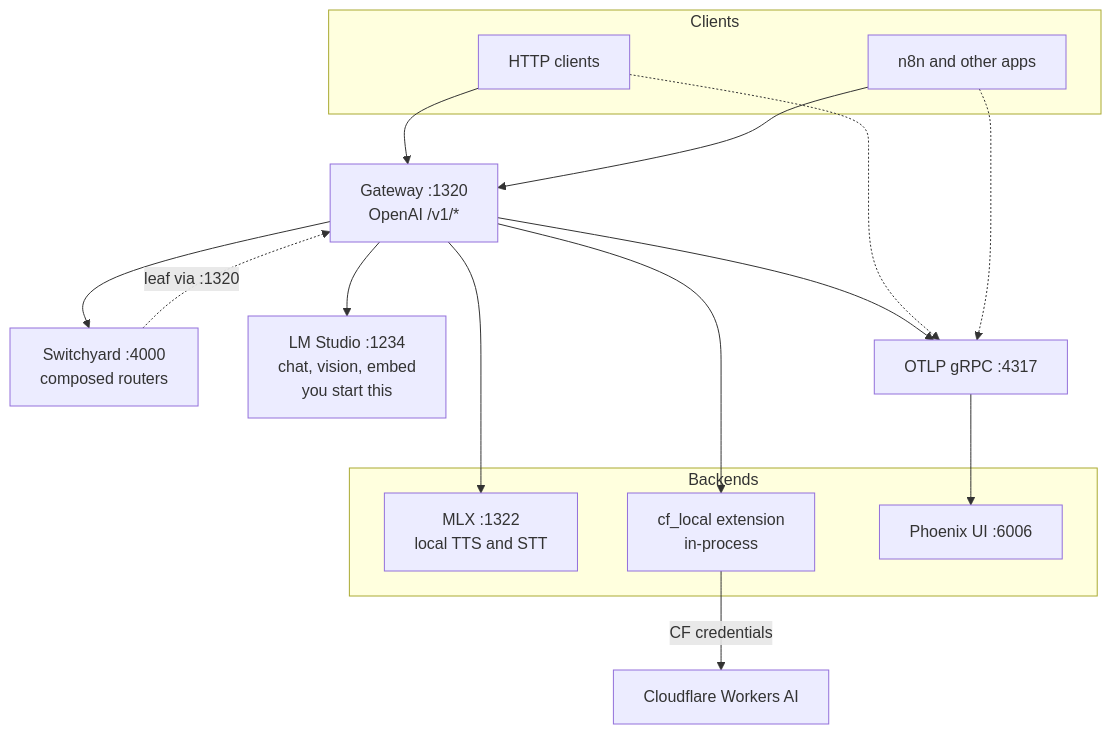
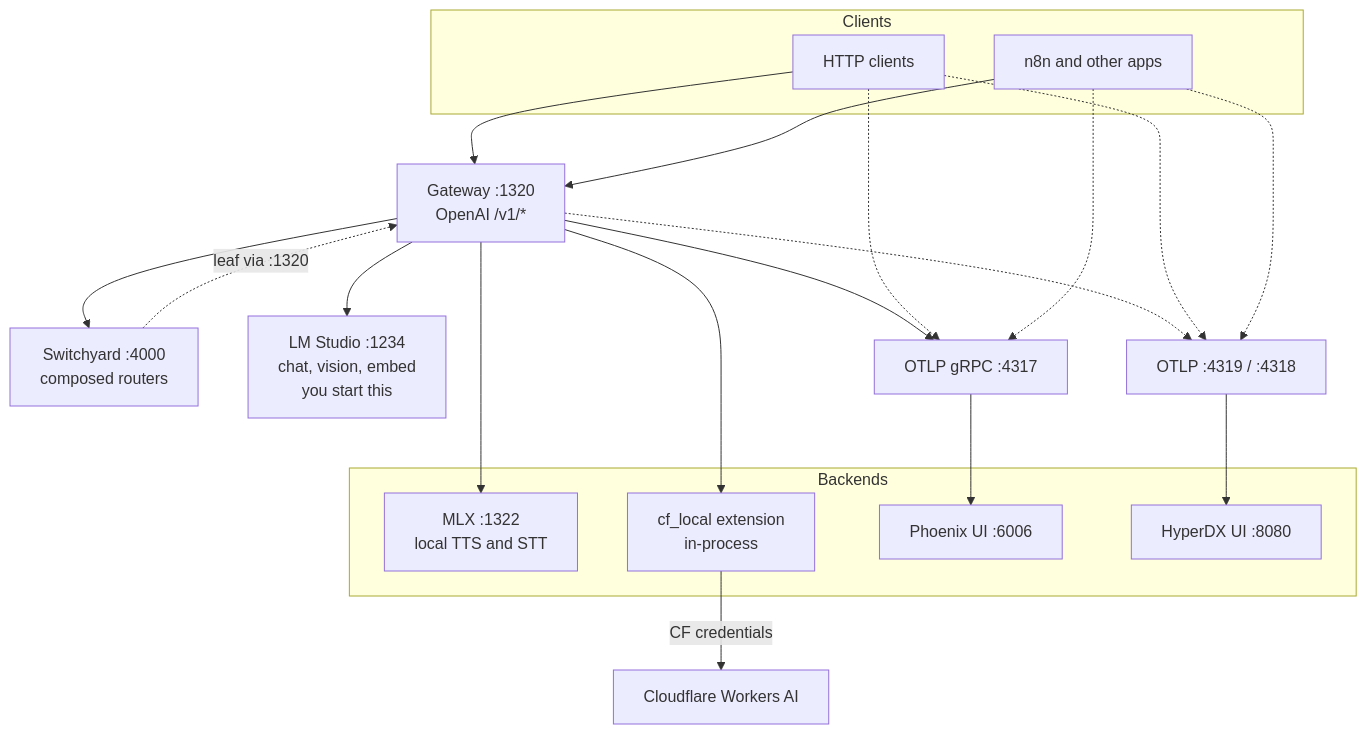
Before and after one commit to behaviorengineering/polypus: the diagram in README.md, drawn with Mermaid. The commit also changed other lines of this file and 6 other files, not shown here.

First line of the commit message:
Add HyperDX beside Phoenix for local app OTLP. (#20)

````diff
--- a/README.md
+++ b/README.md
@@ -15,33 +15,39 @@
 ```mermaid
 flowchart TB
   subgraph clients [Clients]
     C[HTTP clients]
     N[n8n and other apps]
   end
 
   G["Gateway :1320<br/>OpenAI /v1/*"]
   SY["Switchyard :4000<br/>composed routers"]
 
   subgraph arms [Backends]
     M["MLX :1322<br/>local TTS and STT"]
     CFExt["cf_local extension<br/>in-process"]
     P["Phoenix UI :6006"]
+    H["HyperDX UI :8080"]
   end
 
   LMS["LM Studio :1234<br/>chat, vision, embed<br/>you start this"]
   CF[Cloudflare Workers AI]
   OTLP["OTLP gRPC :4317"]
+  OTLPApp["OTLP :4319 / :4318"]
 
   C --> G
   N --> G
   G --> M
   G --> CFExt
   G --> LMS
   G --> SY
   SY -.->|leaf via :1320| G
   G --> OTLP
+  G -.-> OTLPApp
   CFExt -->|CF credentials| CF
   C -.-> OTLP
   N -.-> OTLP
+  C -.-> OTLPApp
+  N -.-> OTLPApp
   OTLP --> P
+  OTLPApp --> H
 ```
````
